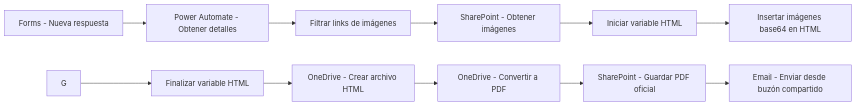
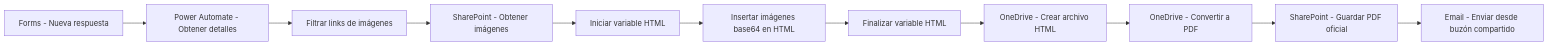
Before and after one commit to daianaagustini/Portfolio_PowerBI: the diagram in 2024_PowerAutomate_automatizacion_lab/readme.md, drawn with Mermaid. The commit also changed other lines of this file and 1 other file, not shown here.

````diff
--- a/2024_PowerAutomate_automatizacion_lab/readme.md
+++ b/2024_PowerAutomate_automatizacion_lab/readme.md
@@ -8,14 +8,14 @@
 ```mermaid
 flowchart LR
 A[Forms - Nueva respuesta] --> B[Power Automate - Obtener detalles]
 B --> C[Filtrar links de imágenes]
 C --> D[SharePoint - Obtener imágenes]
 D --> E[Iniciar variable HTML]
 E --> F[Insertar imágenes base64 en HTML]
-G --> H[Finalizar variable HTML]
-H --> I[OneDrive - Crear archivo HTML]
-I --> J[OneDrive - Convertir a PDF]
-J --> K[SharePoint - Guardar PDF oficial]
-K --> L[Email - Enviar desde buzón compartido]
+F --> G[Finalizar variable HTML]
+G --> H[OneDrive - Crear archivo HTML]
+H --> I[OneDrive - Convertir a PDF]
+I --> J[SharePoint - Guardar PDF oficial]
+J --> K[Email - Enviar desde buzón compartido]
 
 ```
````
